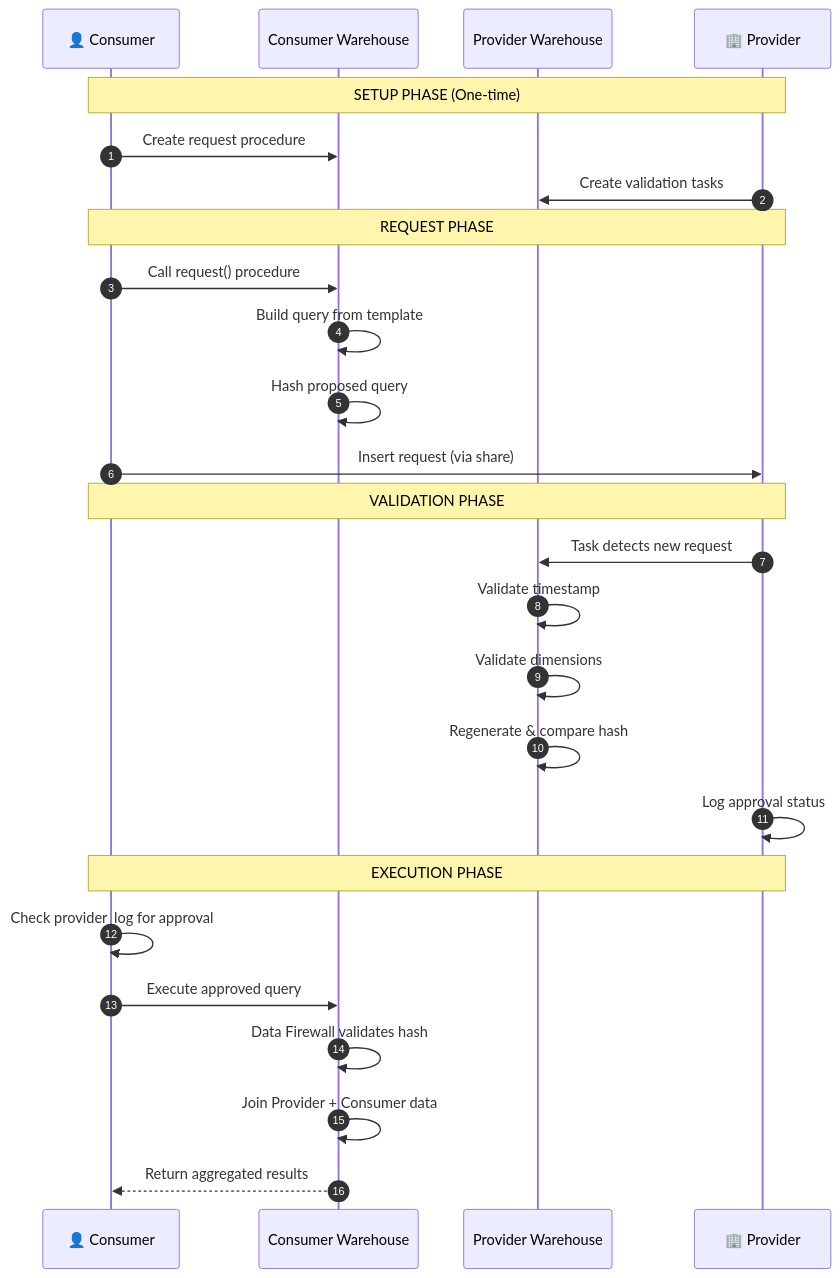
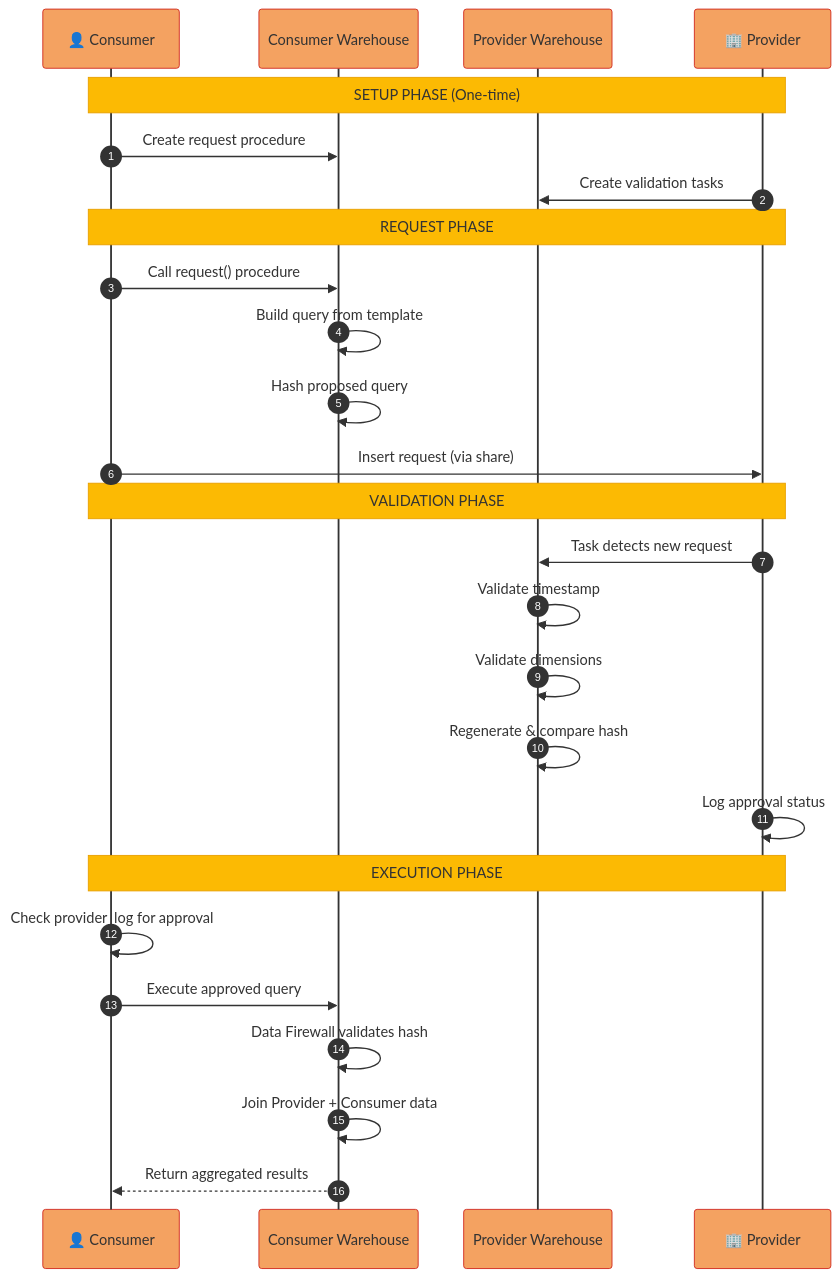
The second of 4 diagrams in DCR_Flow_and_Cost_Guide.md (sfc-gh-vshiv/sfquickstart-data-clean-room), drawn with Mermaid before and after one commit. The commit also changed other lines of this file, not shown here.

Commit message:
Enhance DCR Flow and Cost Guide with updated Mermaid diagram styles and configurations for improved visual consistency and clarity

````diff
--- a/DCR_Flow_and_Cost_Guide.md
+++ b/DCR_Flow_and_Cost_Guide.md
@@ -62,32 +65,33 @@
 ```mermaid
+%%{init: {'theme': 'base', 'themeVariables': { 'actorBkg': '#f4a261', 'actorBorder': '#d12b1f', 'actorTextColor': '#333', 'actorLineColor': '#333', 'signalColor': '#333', 'signalTextColor': '#333', 'noteBkgColor': '#fcba03', 'noteBorderColor': '#e9a000', 'noteTextColor': '#333', 'sequenceNumberColor': '#fff'}}}%%
 sequenceDiagram
     autonumber
     participant C as 👤 Consumer
     participant CW as Consumer Warehouse
     participant PW as Provider Warehouse
     participant P as 🏢 Provider
     
     Note over C,P: SETUP PHASE (One-time)
     C->>CW: Create request procedure
     P->>PW: Create validation tasks
     
     Note over C,P: REQUEST PHASE
     C->>CW: Call request() procedure
     CW->>CW: Build query from template
     CW->>CW: Hash proposed query
     C->>P: Insert request (via share)
     
     Note over C,P: VALIDATION PHASE
     P->>PW: Task detects new request
     PW->>PW: Validate timestamp
     PW->>PW: Validate dimensions
     PW->>PW: Regenerate & compare hash
     P->>P: Log approval status
     
     Note over C,P: EXECUTION PHASE
     C->>C: Check provider_log for approval
     C->>CW: Execute approved query
     CW->>CW: Data Firewall validates hash
     CW->>CW: Join Provider + Consumer data
     CW-->>C: Return aggregated results
 ```
````
